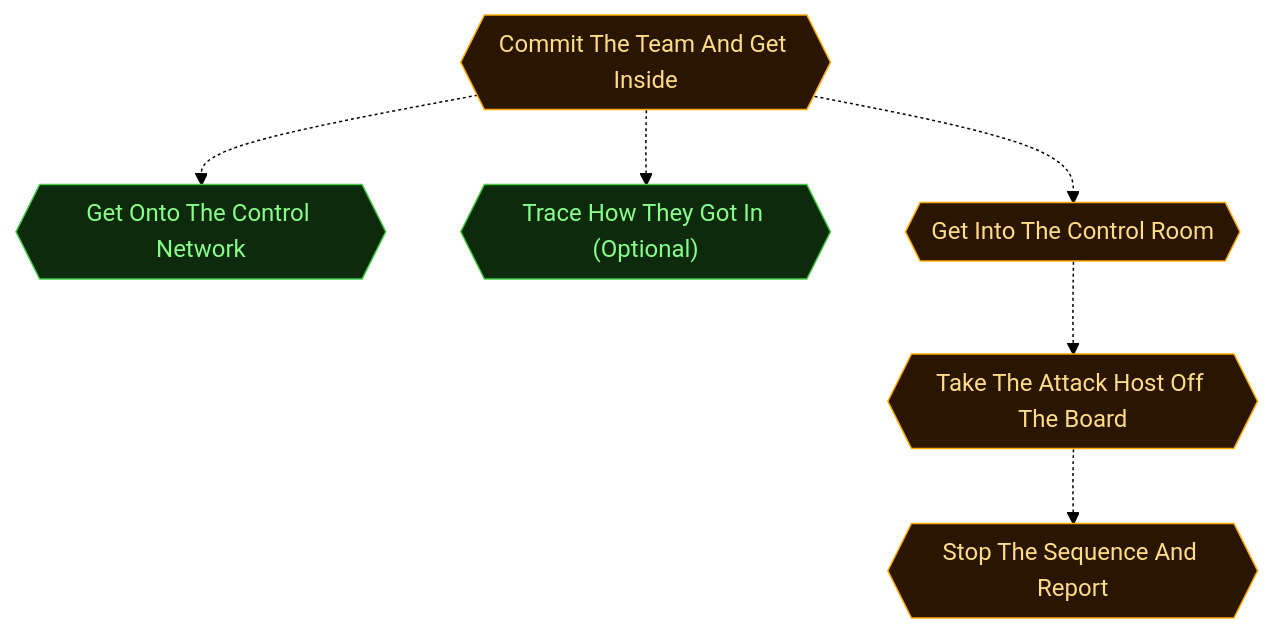
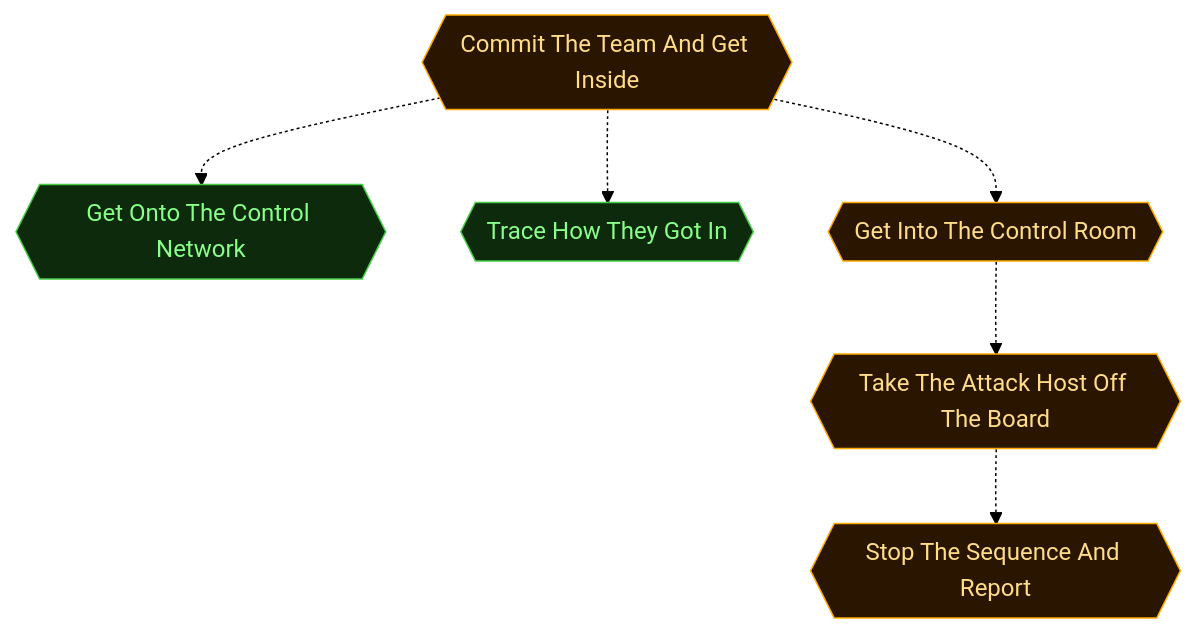
One commit to cliffe/BreakEscape changed the second of 5 diagrams in scenarios/m07_architects_gambit/dungeon_graph.md. Above: the diagram before and after it, drawn with Mermaid (forest theme). The commit also changed other lines of this file and 26 other files, not shown here.

````diff
--- a/scenarios/m07_architects_gambit/dungeon_graph.md
+++ b/scenarios/m07_architects_gambit/dungeon_graph.md
@@ -182,34 +182,34 @@
 ```mermaid
 flowchart TD
 
   classDef room      fill:#0f2d2d,stroke:#22ddcc,color:#a0ffee
   classDef lock      fill:#2d0f0f,stroke:#e66060,color:#ffa0a0
   classDef key       fill:#2d0812,stroke:#e66060,color:#ffa0a0
   classDef item      fill:#2d1200,stroke:#e89030,color:#ffcc80
   classDef gate      fill:#111,stroke:#666,color:#eee
   classDef vm        fill:#0c1f40,stroke:#4a90d9,color:#a0c8ff
   classDef flag      fill:#1a0c2d,stroke:#9060d0,color:#cc99ff
   classDef action    fill:#1a1200,stroke:#cc9922,color:#ffee88
   classDef aim       fill:#0d2a0d,stroke:#44cc44,color:#88ff88
   classDef aim_gate  fill:#111111,stroke:#44cc44,color:#44cc44
   classDef container fill:#1a2d1a,stroke:#60b060,color:#a0e0a0
   classDef npc       fill:#2d1f0d,stroke:#d0a050,color:#ffe0a0
   classDef critical  fill:#2a1500,stroke:#ffaa00,color:#ffdd88
   classDef start     fill:#003322,stroke:#00ffaa,color:#00ffaa
 
   aim_commit_the_team{{"Commit The Team And Get Inside"}}
   aim_reach_the_control_network{{"Get Onto The Control Network"}}
-  aim_trace_the_intrusion{{"Trace How They Got In (Optional)"}}
+  aim_trace_the_intrusion{{"Trace How They Got In"}}
   aim_reach_the_control_room{{"Get Into The Control Room"}}
   aim_take_the_attack_host{{"Take The Attack Host Off The Board"}}
   aim_end_the_sequence{{"Stop The Sequence And Report"}}
 
   aim_commit_the_team -.-> aim_reach_the_control_network
   aim_commit_the_team -.-> aim_trace_the_intrusion
   aim_commit_the_team -.-> aim_reach_the_control_room
   aim_reach_the_control_room -.-> aim_take_the_attack_host
   aim_take_the_attack_host -.-> aim_end_the_sequence
 
   class aim_commit_the_team,aim_reach_the_control_room,aim_take_the_attack_host,aim_end_the_sequence critical
   class aim_reach_the_control_network,aim_trace_the_intrusion aim
 ```
````
